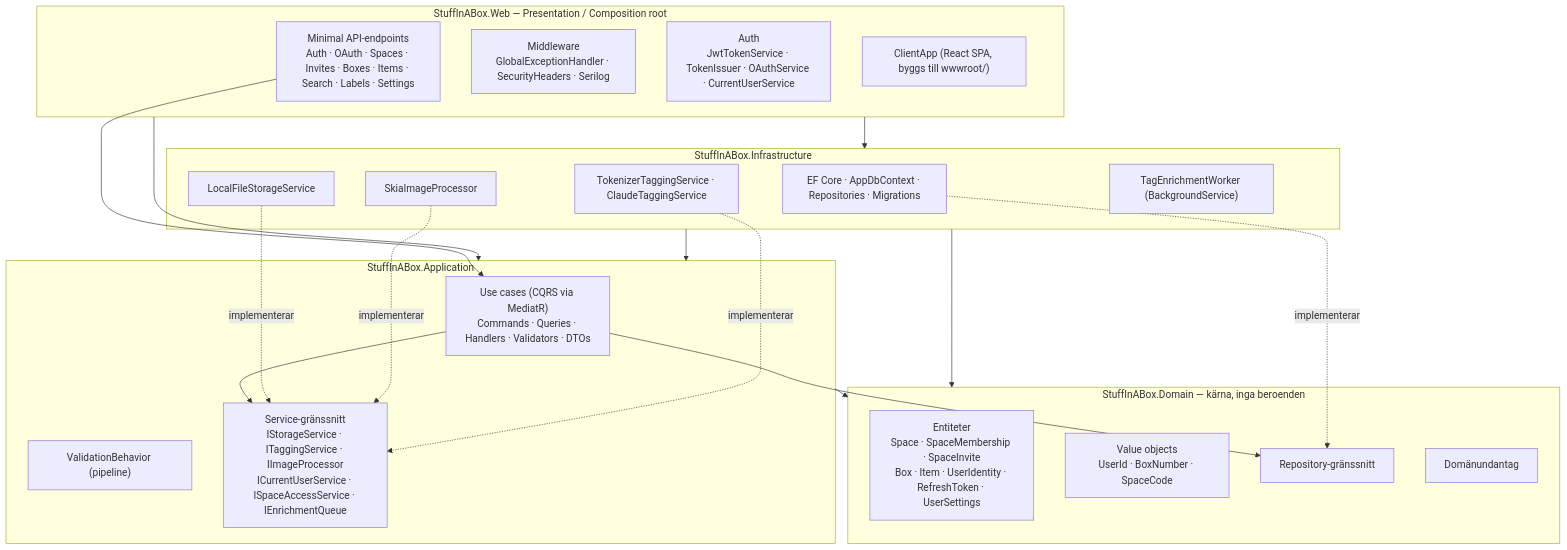
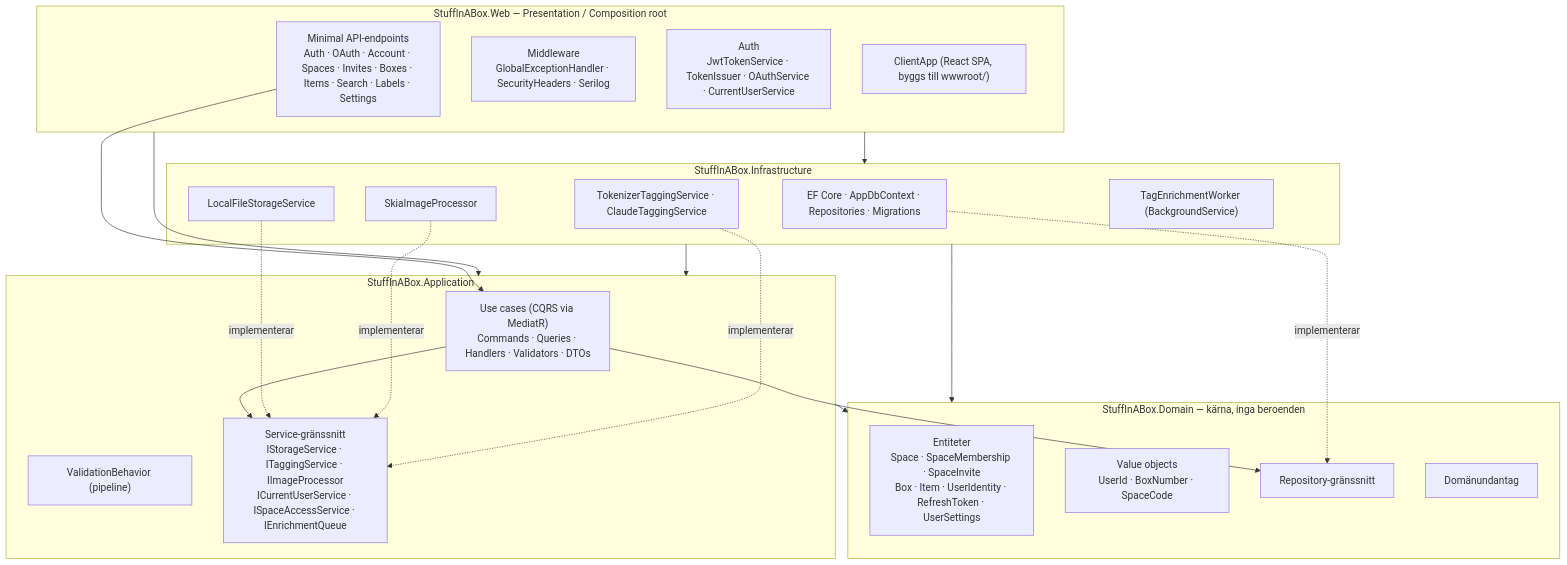
The first of 5 diagrams in docs/ARCHITECTURE.md (antfolkarn/Stuff_In_A_Box), drawn with Mermaid before and after one commit. The commit also changed 28 other files, not shown here.

````diff
--- a/docs/ARCHITECTURE.md
+++ b/docs/ARCHITECTURE.md
@@ -13,44 +13,44 @@
 ```mermaid
 flowchart TD
     subgraph Web["StuffInABox.Web — Presentation / Composition root"]
-        EP["Minimal API-endpoints<br/>Auth · OAuth · Spaces · Invites · Boxes · Items · Search · Labels · Settings"]
+        EP["Minimal API-endpoints<br/>Auth · OAuth · Account · Spaces · Invites · Boxes · Items · Search · Labels · Settings"]
         MW["Middleware<br/>GlobalExceptionHandler · SecurityHeaders · Serilog"]
         AUTH["Auth<br/>JwtTokenService · TokenIssuer · OAuthService · CurrentUserService"]
         SPA["ClientApp (React SPA, byggs till wwwroot/)"]
     end
 
     subgraph Infra["StuffInABox.Infrastructure"]
         EF["EF Core · AppDbContext · Repositories · Migrations"]
         STORE["LocalFileStorageService"]
         IMG["SkiaImageProcessor"]
         TAG["TokenizerTaggingService · ClaudeTaggingService"]
         WORKER["TagEnrichmentWorker (BackgroundService)"]
     end
 
     subgraph App["StuffInABox.Application"]
         UC["Use cases (CQRS via MediatR)<br/>Commands · Queries · Handlers · Validators · DTOs"]
         BEH["ValidationBehavior (pipeline)"]
         IF["Service-gränssnitt<br/>IStorageService · ITaggingService · IImageProcessor<br/>ICurrentUserService · ISpaceAccessService · IEnrichmentQueue"]
     end
 
     subgraph Domain["StuffInABox.Domain — kärna, inga beroenden"]
         ENT["Entiteter<br/>Space · SpaceMembership · SpaceInvite<br/>Box · Item · UserIdentity · RefreshToken · UserSettings"]
         VO["Value objects<br/>UserId · BoxNumber · SpaceCode"]
         REPO["Repository-gränssnitt"]
         EXC["Domänundantag"]
     end
 
     Web --> App
     Web --> Infra
     Infra --> App
     App --> Domain
     Infra --> Domain
 
     EP --> UC
     UC --> IF
     UC --> REPO
     EF -. implementerar .-> REPO
     STORE -. implementerar .-> IF
     IMG -. implementerar .-> IF
     TAG -. implementerar .-> IF
 ```
````
